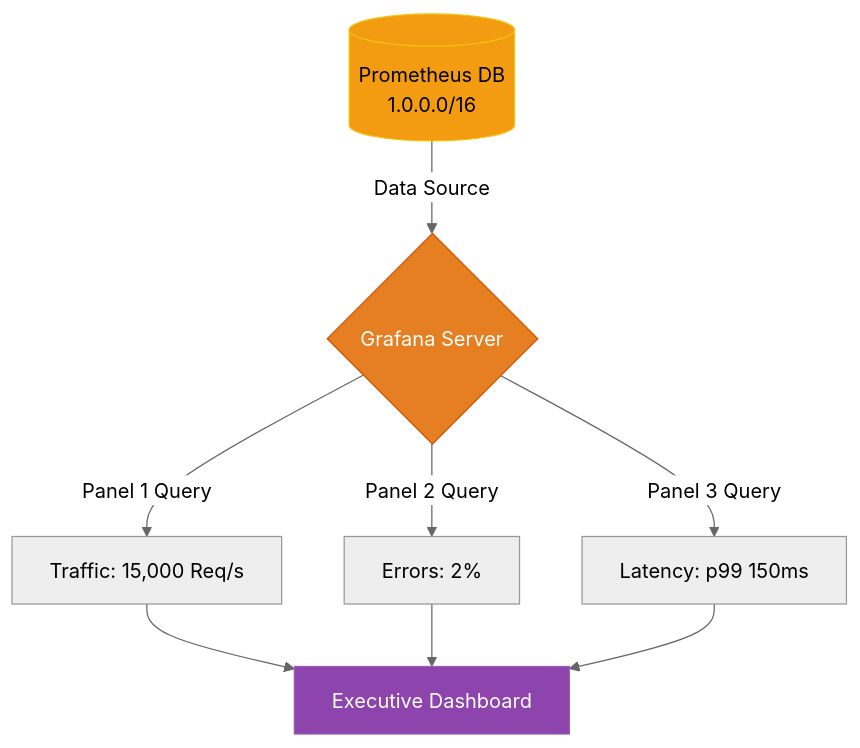
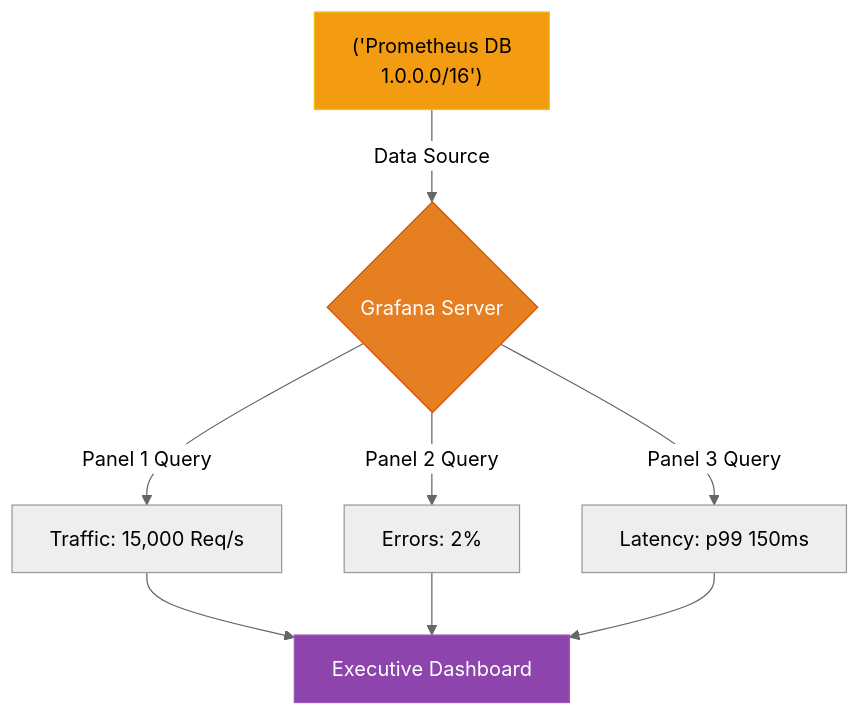
The diagram in volumes/volume-05-automation-cloud/chapters/V5-C14-grafana-dashboards.md (laxya911/linux-support-engineer-master-handbook), drawn with Mermaid (neutral theme) before and after one commit. The commit also changed 101 other files, not shown here.

Commit message:
Fix mermaid syntax across all chapters

````diff
--- a/volumes/volume-05-automation-cloud/chapters/V5-C14-grafana-dashboards.md
+++ b/volumes/volume-05-automation-cloud/chapters/V5-C14-grafana-dashboards.md
@@ -42,16 +42,16 @@
 ```mermaid
 flowchart TD
-    A[(Prometheus DB \n 1.0.0.0/16)] -->|Data Source| B{Grafana Server}
+    A["('Prometheus DB \n 1.0.0.0/16')"] -->|"Data Source"| B{"Grafana Server"}
     
-    B -->|Panel 1 Query| C[Traffic: 15,000 Req/s]
-    B -->|Panel 2 Query| D[Errors: 2%]
-    B -->|Panel 3 Query| E[Latency: p99 150ms]
+    B -->|"Panel 1 Query"| C["Traffic: 15,000 Req/s"]
+    B -->|"Panel 2 Query"| D["Errors: 2%"]
+    B -->|"Panel 3 Query"| E["Latency: p99 150ms"]
     
-    C --> F[Executive Dashboard]
+    C --> F["Executive Dashboard"]
     D --> F
     E --> F
     
     style A fill:#f39c12,stroke:#f1c40f,color:#000
     style B fill:#e67e22,stroke:#d35400,color:#fff
     style F fill:#8e44ad,stroke:#9b59b6,color:#fff
 ```
````
